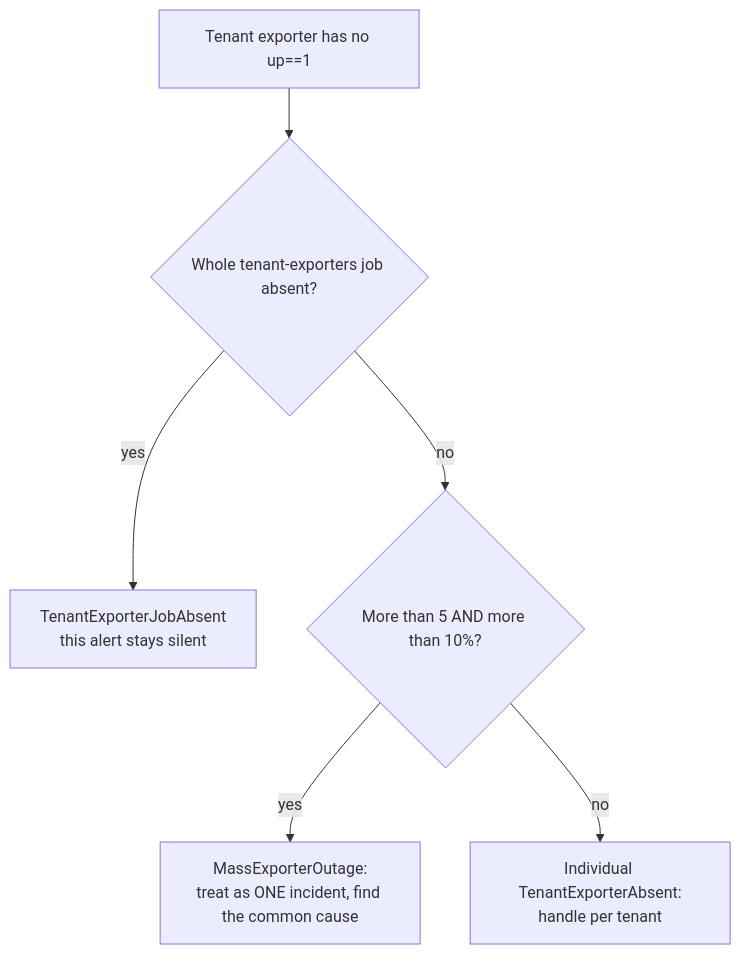
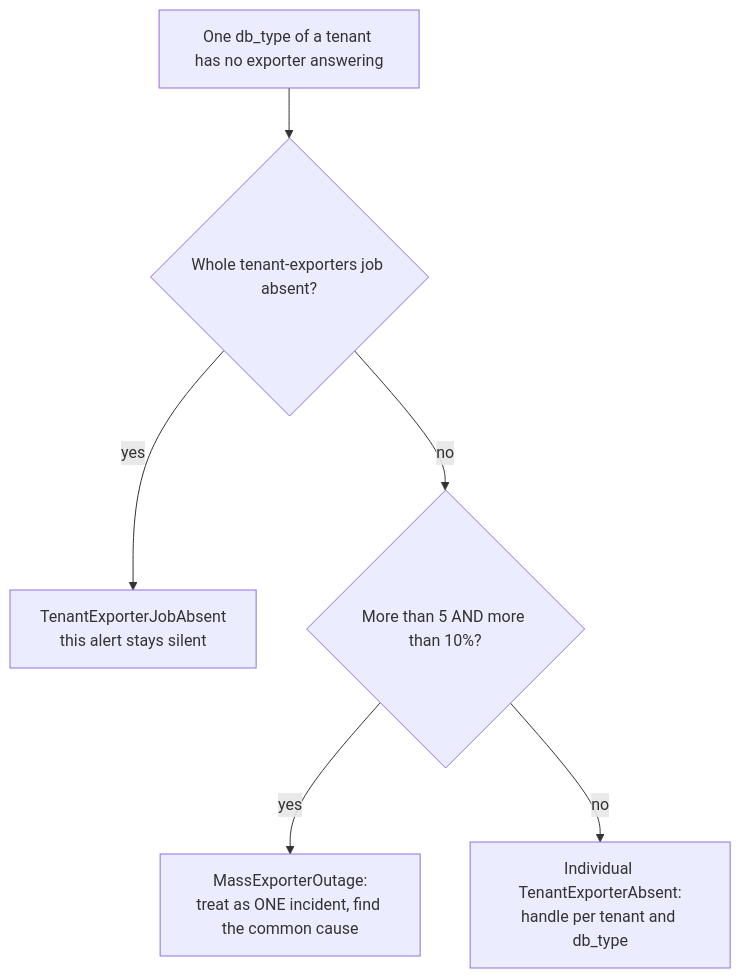
Before and after one commit to vencil/Dynamic-Alerting-Integrations: the second of 2 diagrams in docs/integration/troubleshooting-checklist.en.md, drawn with Mermaid. The commit also changed other lines of this file and 74 other files, not shown here.

First line of the commit message:
feat(rule-packs)!: exporter 存活改以租戶 × db_type 判斷，db_type 可寫成列表（#3771） (#3860)

````diff
--- a/docs/integration/troubleshooting-checklist.en.md
+++ b/docs/integration/troubleshooting-checklist.en.md
@@ -1186,8 +1186,8 @@
 ```mermaid
 flowchart TD
-    A[Tenant exporter has no up==1] --> B{Whole tenant-exporters job absent?}
+    A[One db_type of a tenant has no exporter answering] --> B{Whole tenant-exporters job absent?}
     B -- yes --> J[TenantExporterJobAbsent<br/>this alert stays silent]
     B -- no --> C{More than 5 AND more than 10%?}
     C -- yes --> M[MassExporterOutage:<br/>treat as ONE incident, find the common cause]
-    C -- no --> T[Individual TenantExporterAbsent:<br/>handle per tenant]
+    C -- no --> T[Individual TenantExporterAbsent:<br/>handle per tenant and db_type]
 ```
````
